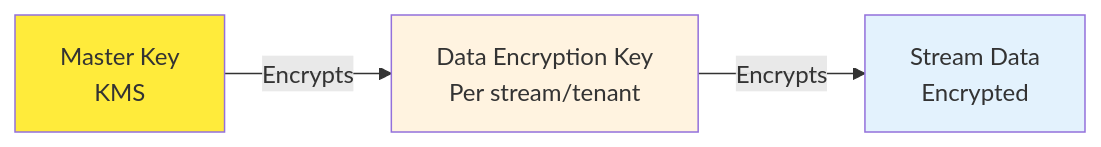
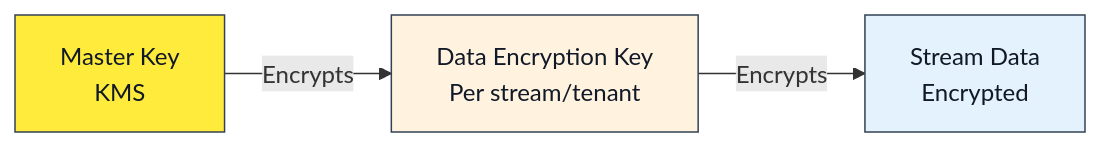
The third of 4 diagrams in docs-site/src/content/docs/features/security.md (gabloe/felix), drawn with Mermaid before and after one commit. The commit also changed other lines of this file and 36 other files, not shown here.

````diff
--- a/docs-site/src/content/docs/features/security.md
+++ b/docs-site/src/content/docs/features/security.md
@@ -402,13 +402,13 @@
 ```mermaid
 graph LR
     MK[Master Key<br/>KMS]
     DEK[Data Encryption Key<br/>Per stream/tenant]
     Data[Stream Data<br/>Encrypted]
     
     MK -->|Encrypts| DEK
     DEK -->|Encrypts| Data
     
-    style MK fill:#ffeb3b
-    style DEK fill:#fff3e0
-    style Data fill:#e3f2fd
+    style MK fill:#ffeb3b,stroke:#334155,color:#111827
+    style DEK fill:#fff3e0,stroke:#334155,color:#111827
+    style Data fill:#e3f2fd,stroke:#334155,color:#111827
 ```
````
